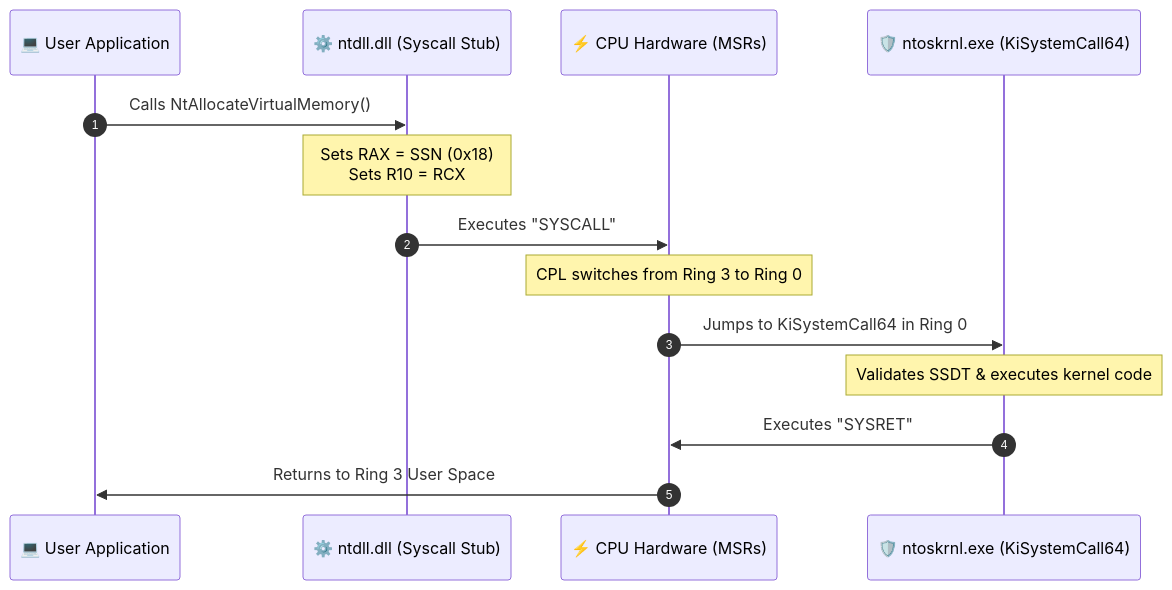
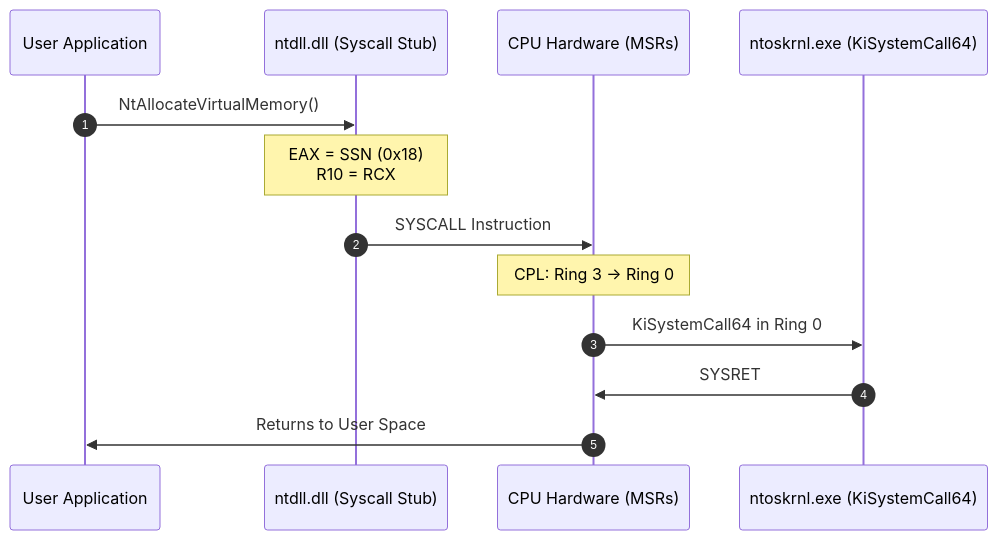
The second of 3 diagrams in README.md (DaddyZyn/Cyber-security-notes), drawn with Mermaid before and after one commit. The commit also changed other lines of this file and 19 other files, not shown here.

Commit message:
fix: overhaul all Mermaid diagrams with clean vertical layouts and short line-wrapping to prevent GitHub clipping

````diff
--- a/README.md
+++ b/README.md
@@ -84,17 +95,16 @@
 ```mermaid
 sequenceDiagram
     autonumber
-    participant App as 💻 User Application
-    participant NT as ⚙️ ntdll.dll (Syscall Stub)
-    participant CPU as ⚡ CPU Hardware (MSRs)
-    participant Kernel as 🛡️ ntoskrnl.exe (KiSystemCall64)
+    participant App as User Application
+    participant NT as ntdll.dll (Syscall Stub)
+    participant CPU as CPU Hardware (MSRs)
+    participant Kernel as ntoskrnl.exe (KiSystemCall64)
 
-    App->>NT: Calls NtAllocateVirtualMemory()
-    Note over NT: Sets RAX = SSN (0x18)<br>Sets R10 = RCX
-    NT->>CPU: Executes "SYSCALL"
-    Note over CPU: CPL switches from Ring 3 to Ring 0
-    CPU->>Kernel: Jumps to KiSystemCall64 in Ring 0
-    Note over Kernel: Validates SSDT & executes kernel code
-    Kernel->>CPU: Executes "SYSRET"
-    CPU->>App: Returns to Ring 3 User Space
+    App->>NT: NtAllocateVirtualMemory()
+    Note over NT: EAX = SSN (0x18)<br/>R10 = RCX
+    NT->>CPU: SYSCALL Instruction
+    Note over CPU: CPL: Ring 3 -> Ring 0
+    CPU->>Kernel: KiSystemCall64 in Ring 0
+    Kernel->>CPU: SYSRET
+    CPU->>App: Returns to User Space
 ```
````
